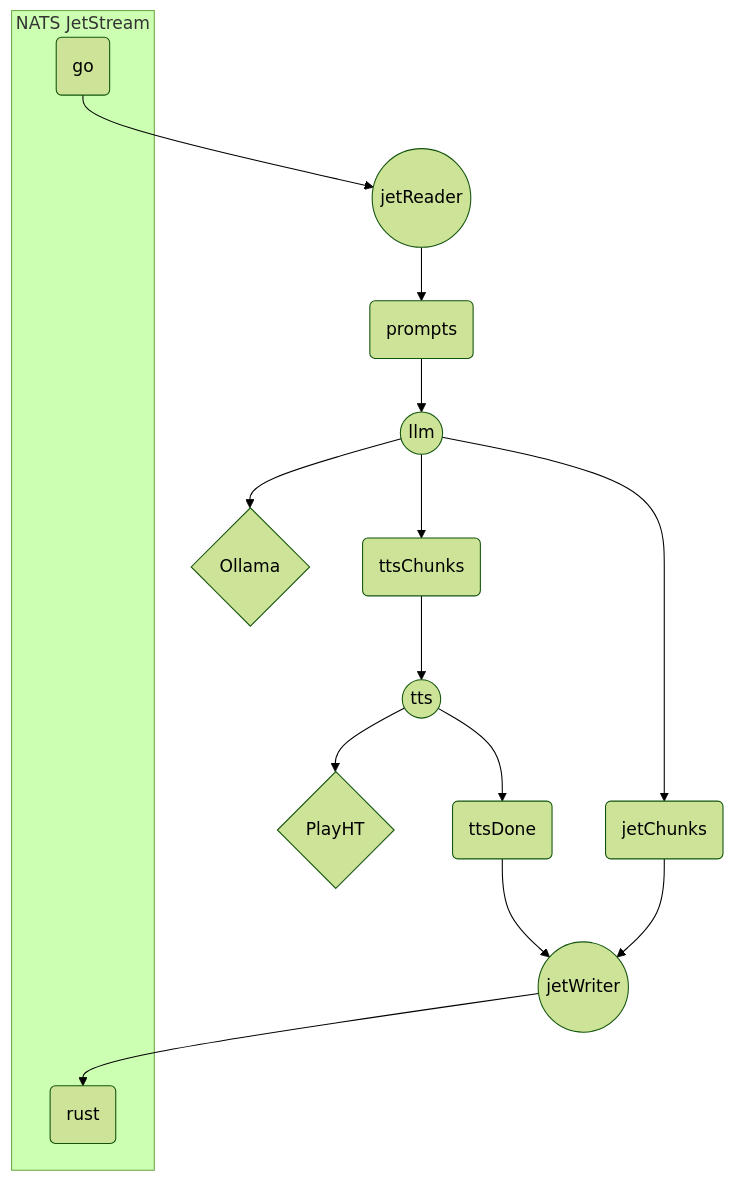
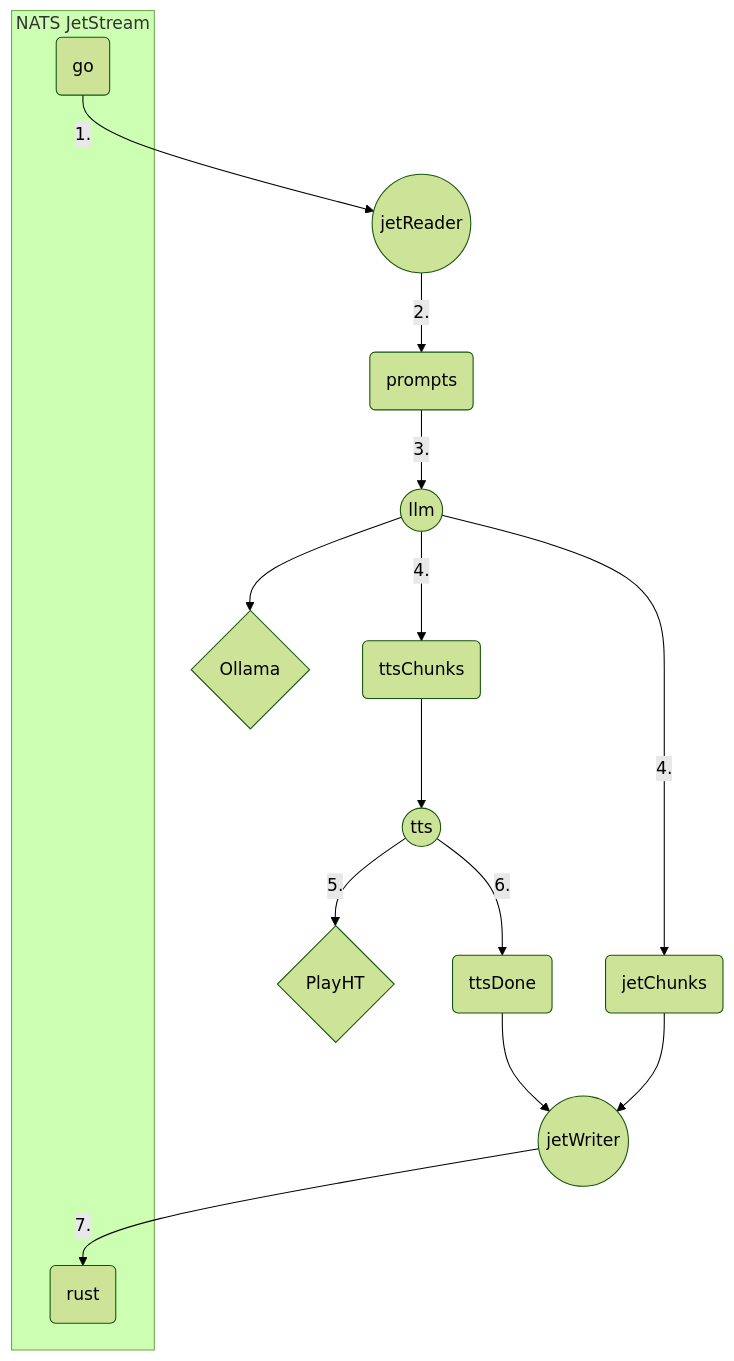
One commit to milosgajdos/bot-banter changed the third of 3 diagrams in README.md. Above: the diagram before and after it, drawn with Mermaid (forest theme). The commit also changed other lines of this file, not shown here.

Commit message:
readme: update gobot flow diagram (#13)
Add a small description, too

````diff
--- a/README.md
+++ b/README.md
@@ -58,29 +58,29 @@
 ```mermaid
 flowchart TB
     ollama{Ollama}
     playht{PlayHT}
     llm((llm))
     tts((tts))
     jetWriter((jetWriter))
     jetReader((jetReader))
     ttsChunks(ttsChunks)
     jetChunks(jetChunks)
     prompts(prompts)
     ttsDone(ttsDone)
     subgraph NATS JetStream
         Go(go)
         Rust(rust)
     end
-    Go-->jetReader
-    jetWriter-->Rust
-    jetReader-->prompts
-    prompts-->llm
+    Go-- 1. -->jetReader
+    jetWriter-- 7. -->Rust
+    jetReader-- 2. -->prompts
+    prompts-- 3. -->llm
     llm-->ollama
-    llm-->ttsChunks
-    llm-->jetChunks
+    llm-- 4. -->ttsChunks
+    llm-- 4. -->jetChunks
     jetChunks-->jetWriter
     ttsChunks-->tts
-    tts-->playht
-    tts-->ttsDone
+    tts-- 5. -->playht
+    tts-- 6. -->ttsDone
     ttsDone-->jetWriter
 ```
````
